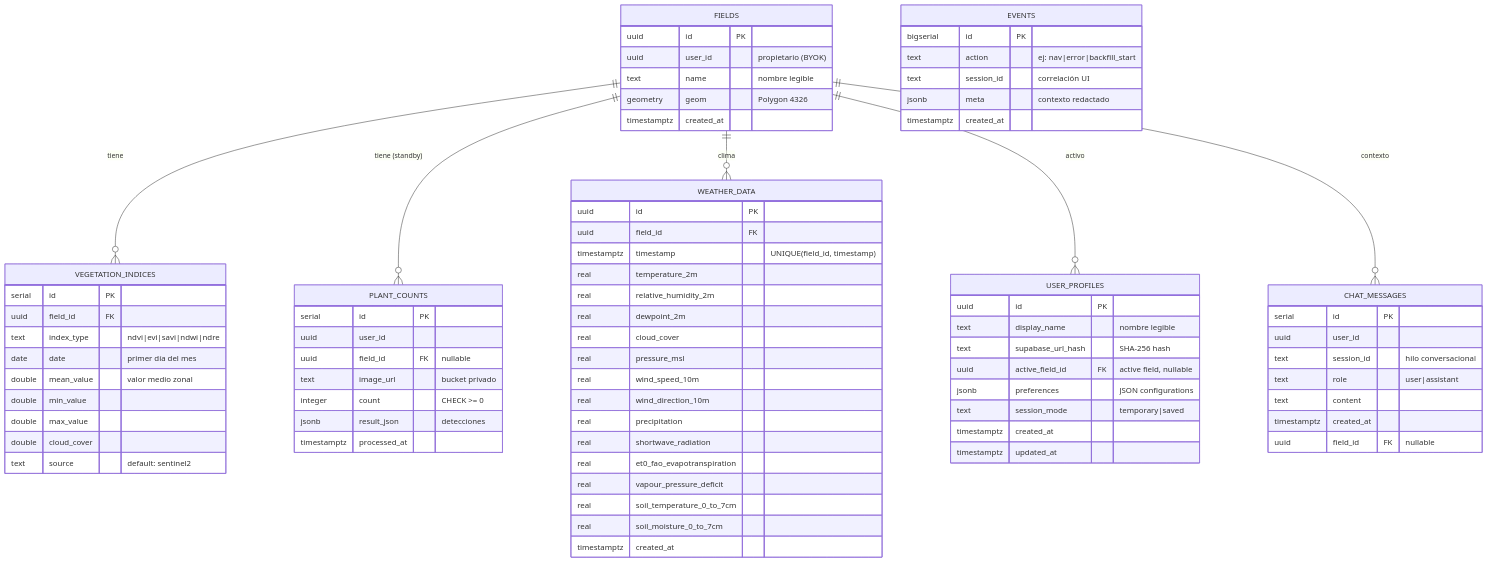
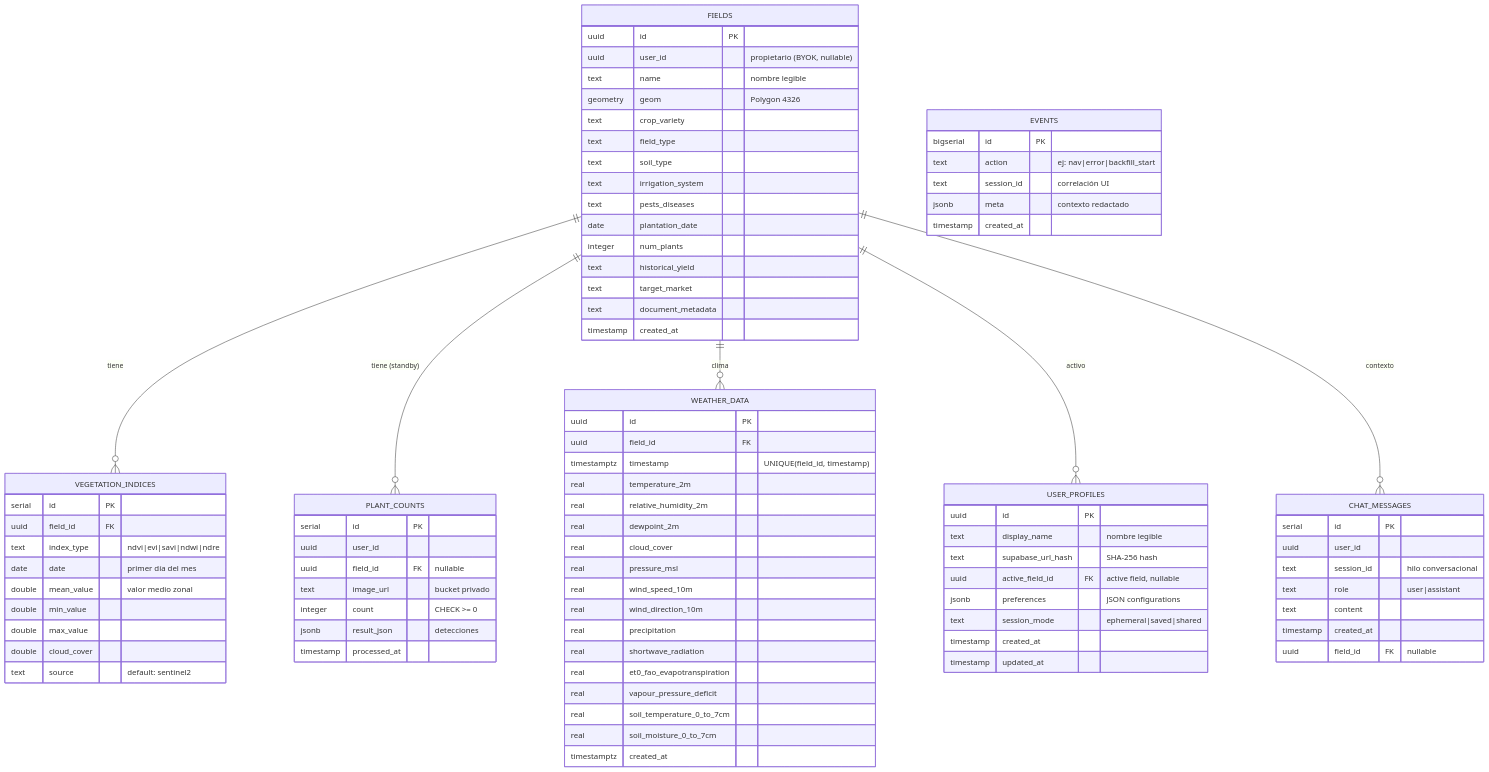
Diagram 11 of 12 in docs/architect/architecture_agrovision.md (AlexPrietoRomani/AgroVision), drawn with Mermaid before and after one commit. The commit also changed other lines of this file and 1 other file, not shown here.

Commit message:
docs(db): alinear el esquema documentado con la migración inicial
Se actualizan diseno_db.md y architecture_agrovision.md para reflejar la migración real: atributos agronómicos de fields, user_id nullable en modo BYOK, session_mode ephemeral/saved/shared, índices de FK, RLS por propietario y persistencia de weather_data. También se corrigen los nombres y el orden de las migraciones versionadas.

```diff
--- a/docs/architect/architecture_agrovision.md
+++ b/docs/architect/architecture_agrovision.md
@@ -417,10 +417,20 @@
 erDiagram
     FIELDS {
         uuid id PK
-        uuid user_id "propietario (BYOK)"
+        uuid user_id "propietario (BYOK, nullable)"
         text name "nombre legible"
         geometry geom "Polygon 4326"
-        timestamptz created_at
+        text crop_variety
+        text field_type
+        text soil_type
+        text irrigation_system
+        text pests_diseases
+        date plantation_date
+        integer num_plants
+        text historical_yield
+        text target_market
+        text document_metadata
+        timestamp created_at
     }
 
     VEGETATION_INDICES {
@@ -441,9 +451,9 @@
         text supabase_url_hash "SHA-256 hash"
         uuid active_field_id FK "active field, nullable"
         jsonb preferences "JSON configurations"
-        text session_mode "temporary|saved"
-        timestamptz created_at
-        timestamptz updated_at
+        text session_mode "ephemeral|saved|shared"
+        timestamp created_at
+        timestamp updated_at
     }
 
     WEATHER_DATA {
@@ -473,7 +483,7 @@
         text image_url "bucket privado"
         integer count "CHECK >= 0"
         jsonb result_json "detecciones"
-        timestamptz processed_at
+        timestamp processed_at
     }
 
     CHAT_MESSAGES {
@@ -482,7 +492,7 @@
         text session_id "hilo conversacional"
         text role "user|assistant"
         text content
-        timestamptz created_at
+        timestamp created_at
         uuid field_id FK "nullable"
     }
 
@@ -491,7 +501,7 @@
         text action "ej: nav|error|backfill_start"
         text session_id "correlación UI"
         jsonb meta "contexto redactado"
-        timestamptz created_at
+        timestamp created_at
     }
 
     FIELDS ||--o{ VEGETATION_INDICES : "tiene"
```
